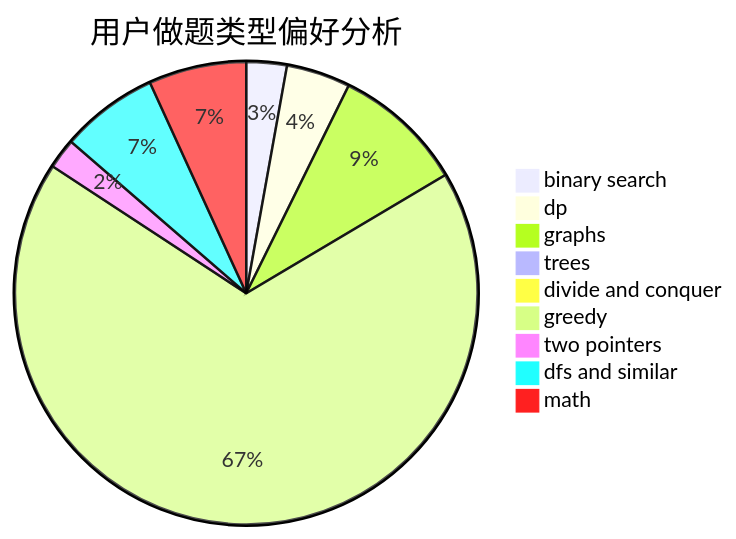
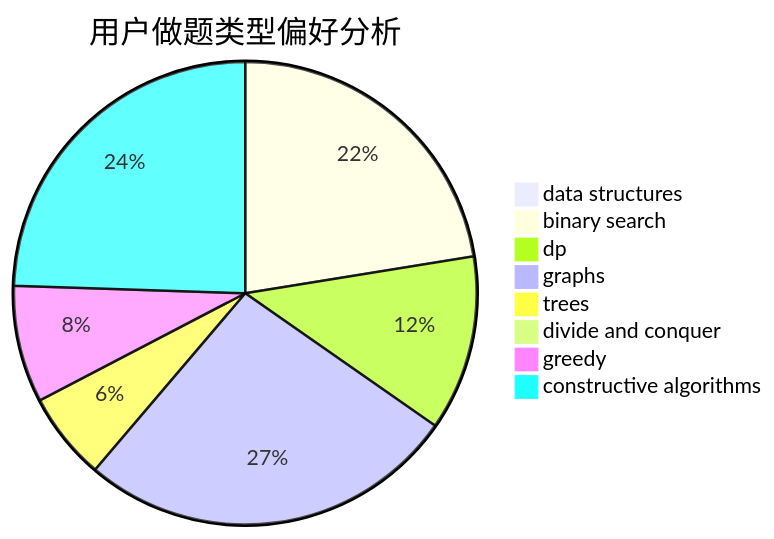
Before and after one commit to sherpahu/cfrs.github.io: the second of 3 diagrams in docs/user/u2453.md, drawn with Mermaid. The commit also changed other lines of this file and 2775 other files, not shown here.

````diff
--- a/docs/user/u2453.md
+++ b/docs/user/u2453.md
@@ -23,12 +23,11 @@
 ```mermaid
 pie title 用户做题类型偏好分析
-    "binary search" :  12
-    "dp" :  19
-    "graphs" :  39
+    "data structures" :  0
+    "binary search" :  11
+    "dp" :  6
+    "graphs" :  13
     "trees" :  3
     "divide and conquer" :  0
-    "greedy" :  288
-    "two pointers" :  9
-    "dfs and similar" :  29
-    "math" :  29
+    "greedy" :  4
+    "constructive algorithms" :  12
 ```
````
